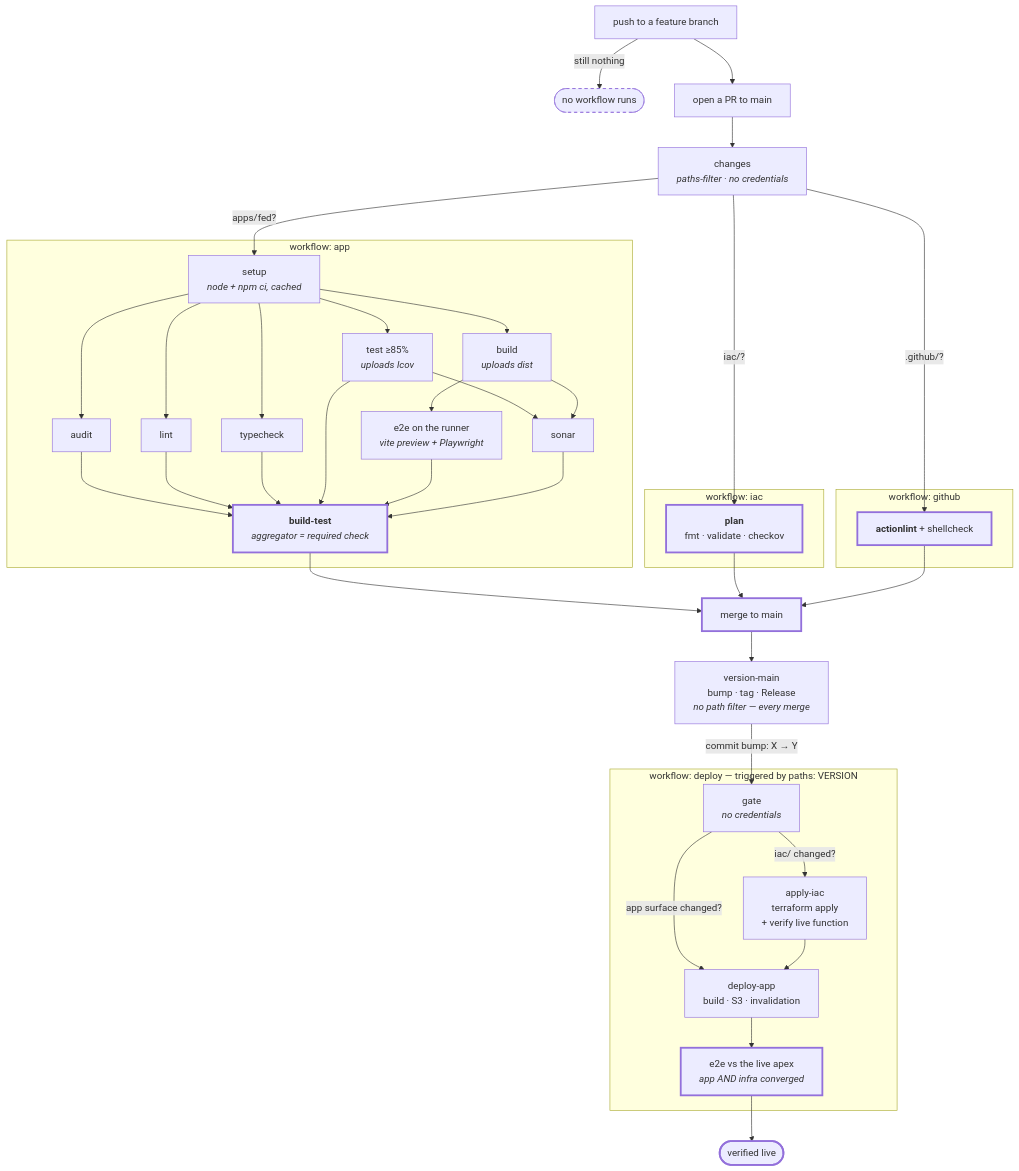
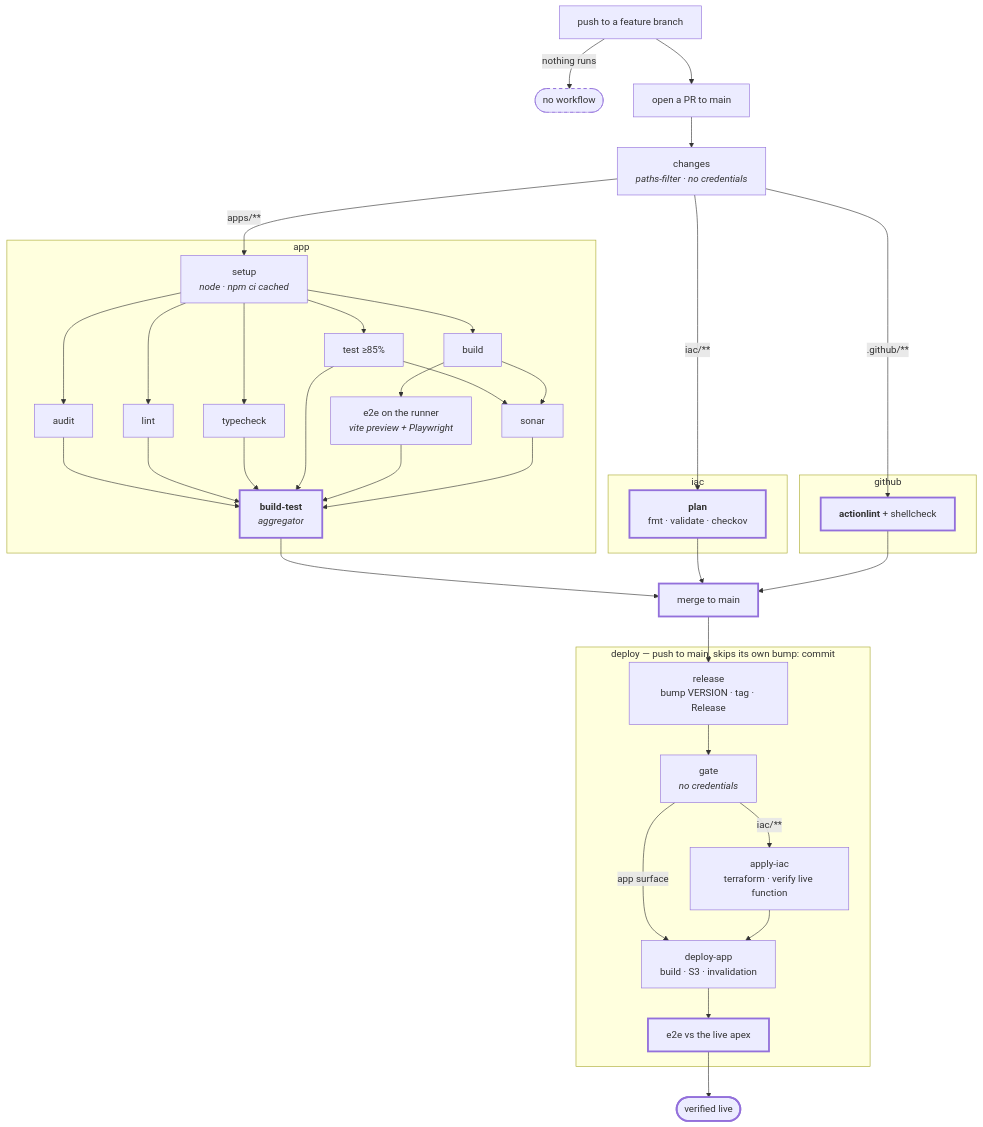
The diagram in .github/workflows/README.md (tedeuxx/tadeumendonca-io), drawn with Mermaid before and after one commit. The commit also changed other lines of this file, not shown here.

````diff
--- a/.github/workflows/README.md
+++ b/.github/workflows/README.md
@@ -41,62 +8,61 @@
 ```mermaid
 flowchart TD
-    A["push to a feature branch"] -->|"still nothing"| A2(["no workflow runs"])
+    A["push to a feature branch"] -->|"nothing runs"| A2(["no workflow"])
     A --> B["open a PR to main"]
 
     B --> CH["changes<br/><i>paths-filter · no credentials</i>"]
 
-    subgraph appwf["workflow: app"]
-        IN["setup<br/><i>node + npm ci, cached</i>"]
+    subgraph appwf["app"]
+        IN["setup<br/><i>node · npm ci cached</i>"]
         IN --> AU["audit"]
         IN --> LI["lint"]
         IN --> TY["typecheck"]
-        IN --> TE["test ≥85%<br/><i>uploads lcov</i>"]
-        IN --> BU["build<br/><i>uploads dist</i>"]
+        IN --> TE["test ≥85%"]
+        IN --> BU["build"]
         BU --> E2["e2e on the runner<br/><i>vite preview + Playwright</i>"]
         TE --> SO["sonar"]
         BU --> SO
-        AU --> GATE["<b>build-test</b><br/><i>aggregator = required check</i>"]
+        AU --> GATE["<b>build-test</b><br/><i>aggregator</i>"]
         LI --> GATE
         TY --> GATE
         TE --> GATE
         E2 --> GATE
         SO --> GATE
     end
 
-    subgraph iacwf["workflow: iac"]
+    subgraph iacwf["iac"]
         PL["<b>plan</b><br/>fmt · validate · checkov"]
     end
 
-    subgraph ghwf["workflow: github"]
+    subgraph ghwf["github"]
         AL["<b>actionlint</b> + shellcheck"]
     end
 
-    CH -->|"apps/fed?"| IN
-    CH -->|"iac/?"| PL
-    CH -->|".github/?"| AL
+    CH -->|"apps/**"| IN
+    CH -->|"iac/**"| PL
+    CH -->|".github/**"| AL
 
     GATE --> M["merge to main"]
     PL --> M
     AL --> M
 
-    M --> VM["version-main<br/>bump · tag · Release<br/><i>no path filter — every merge</i>"]
-
-    subgraph deploywf["workflow: deploy — triggered by paths: VERSION"]
-        DG["gate<br/><i>no credentials</i>"]
-        DG -->|"iac/ changed?"| IA["apply-iac<br/>terraform apply<br/>+ verify live function"]
-        DG -->|"app surface changed?"| DA["deploy-app<br/>build · S3 · invalidation"]
+    subgraph deploywf["deploy — push to main, skips its own bump: commit"]
+        RE["release<br/>bump VERSION · tag · Release"]
+        RE --> DG["gate<br/><i>no credentials</i>"]
+        DG -->|"iac/**"| IA["apply-iac<br/>terraform · verify live function"]
+        DG -->|"app surface"| DA["deploy-app<br/>build · S3 · invalidation"]
         IA --> DA
-        DA --> SM["e2e vs the live apex<br/><i>app AND infra converged</i>"]
+        DA --> SM["e2e vs the live apex"]
     end
 
-    VM -->|"commit bump: X → Y"| DG
+    M --> RE
     SM --> LIVE(["verified live"])
 
     style A2 stroke-dasharray: 5 5
     style GATE stroke-width:3px
     style PL stroke-width:3px
     style AL stroke-width:3px
     style M stroke-width:3px
     style LIVE stroke-width:3px
     style SM stroke-width:3px
 ```
````
